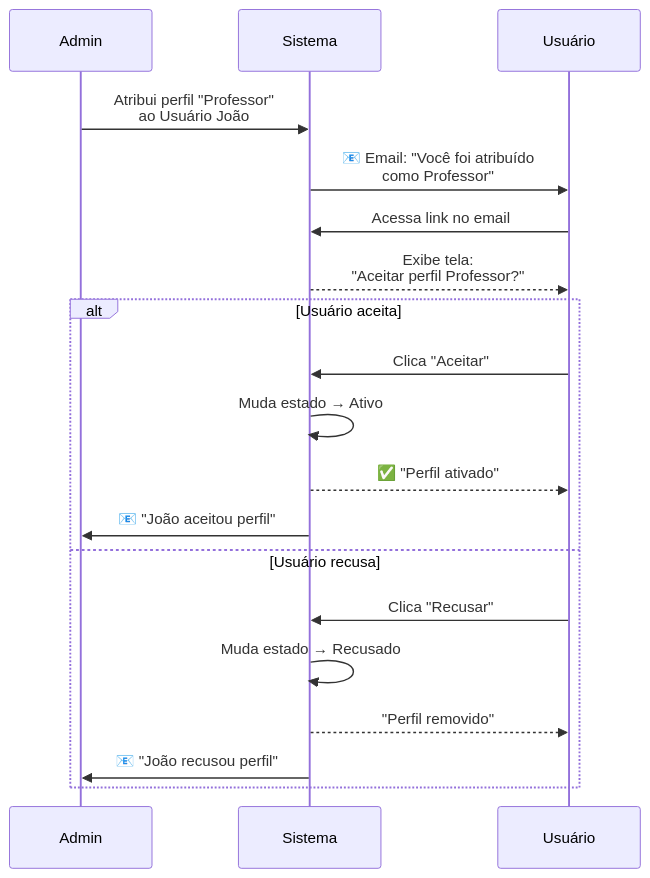
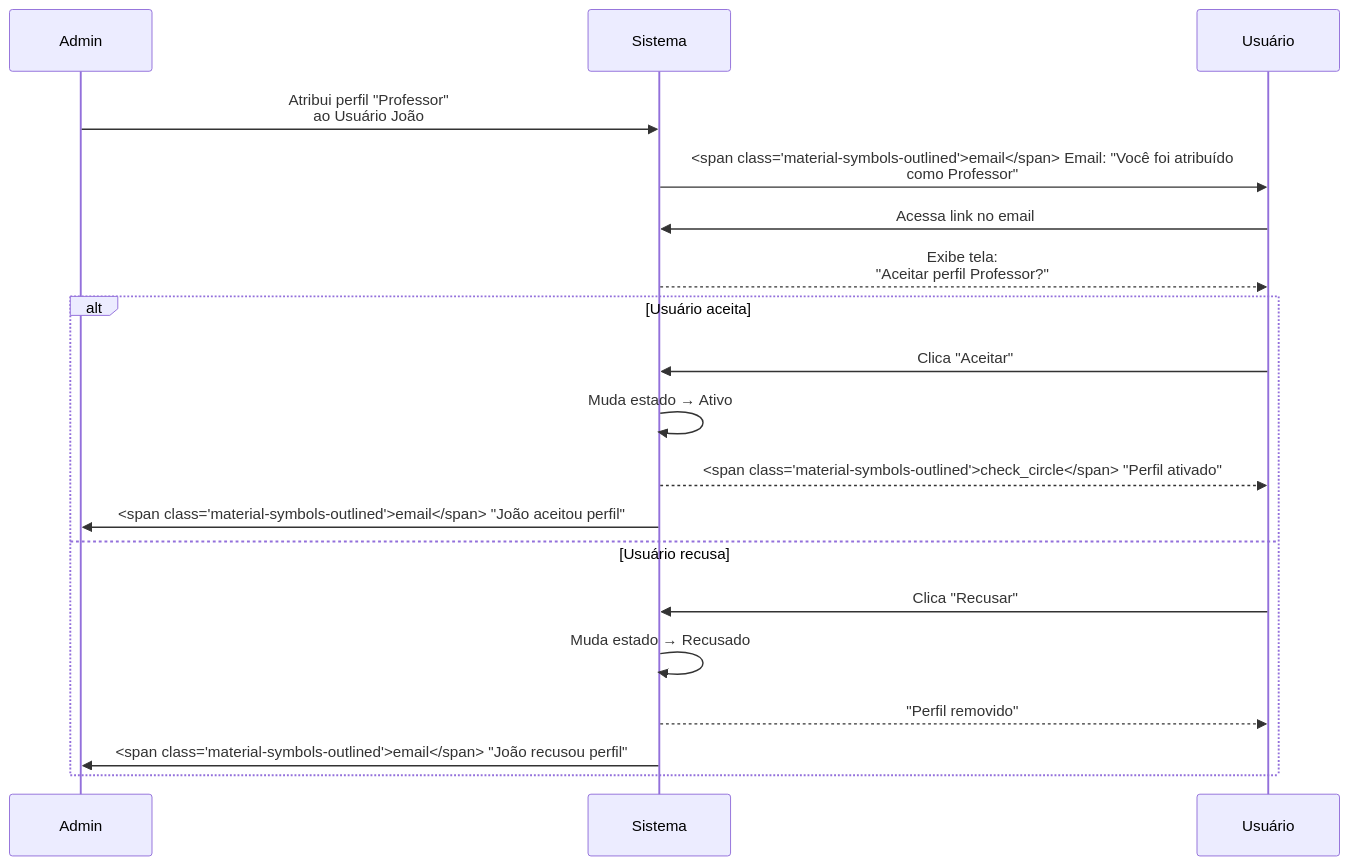
One commit to fabioeducacross/Ambiente_de_Prototipacao_V5 changed the seventh of 8 diagrams in documentation/docs/business-rules/state-transitions.md. Above: the diagram before and after it, drawn with Mermaid. The commit also changed other lines of this file and 46 other files, not shown here.

First line of the commit message:
feat: substitui emojis por Material Symbols icons na wiki

````diff
--- a/documentation/docs/business-rules/state-transitions.md
+++ b/documentation/docs/business-rules/state-transitions.md
@@ -282,24 +282,24 @@
 ```mermaid
 sequenceDiagram
     participant A as Admin
     participant S as Sistema
     participant U as Usuário
     
     A->>S: Atribui perfil "Professor"<br/>ao Usuário João
-    S->>U: 📧 Email: "Você foi atribuído<br/>como Professor"
+    S->>U: <span class="material-symbols-outlined">email</span> Email: "Você foi atribuído<br/>como Professor"
     
     U->>S: Acessa link no email
     S-->>U: Exibe tela:<br/>"Aceitar perfil Professor?"
     
     alt Usuário aceita
         U->>S: Clica "Aceitar"
         S->>S: Muda estado → Ativo
-        S-->>U: ✅ "Perfil ativado"
-        S->>A: 📧 "João aceitou perfil"
+        S-->>U: <span class="material-symbols-outlined">check_circle</span> "Perfil ativado"
+        S->>A: <span class="material-symbols-outlined">email</span> "João aceitou perfil"
     else Usuário recusa
         U->>S: Clica "Recusar"
         S->>S: Muda estado → Recusado
         S-->>U: "Perfil removido"
-        S->>A: 📧 "João recusou perfil"
+        S->>A: <span class="material-symbols-outlined">email</span> "João recusou perfil"
     end
 ```
````
